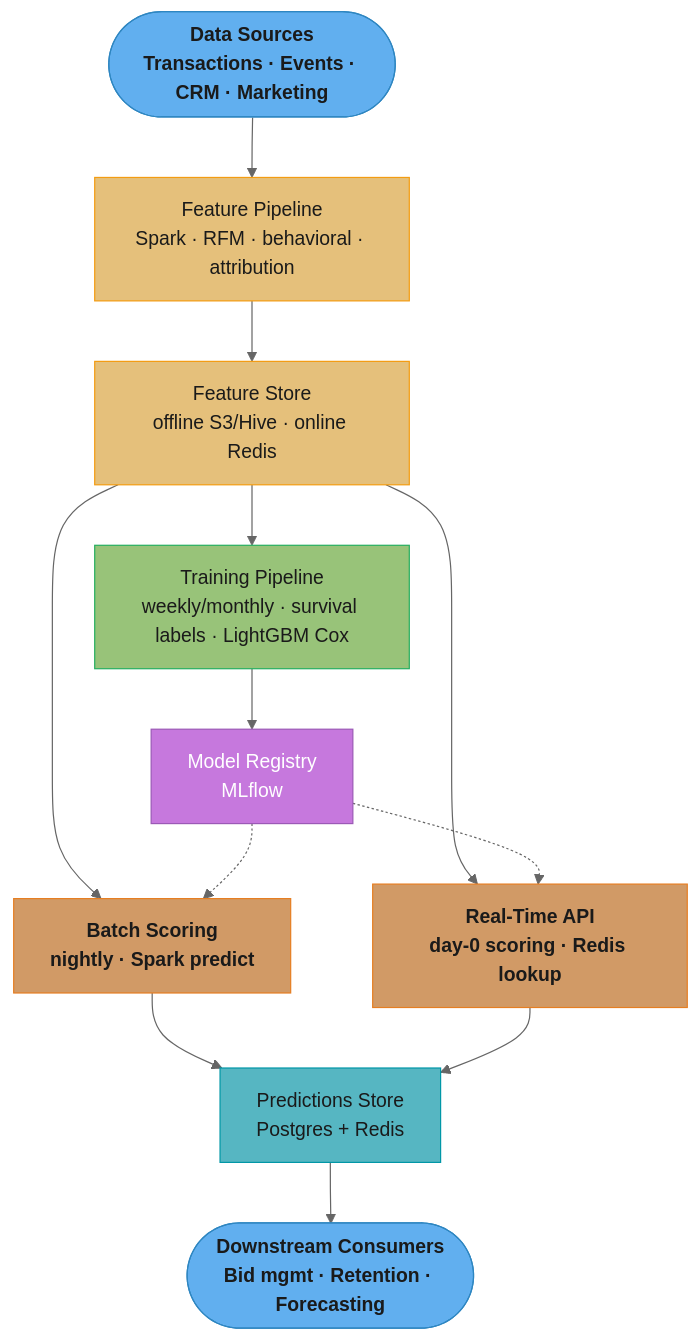
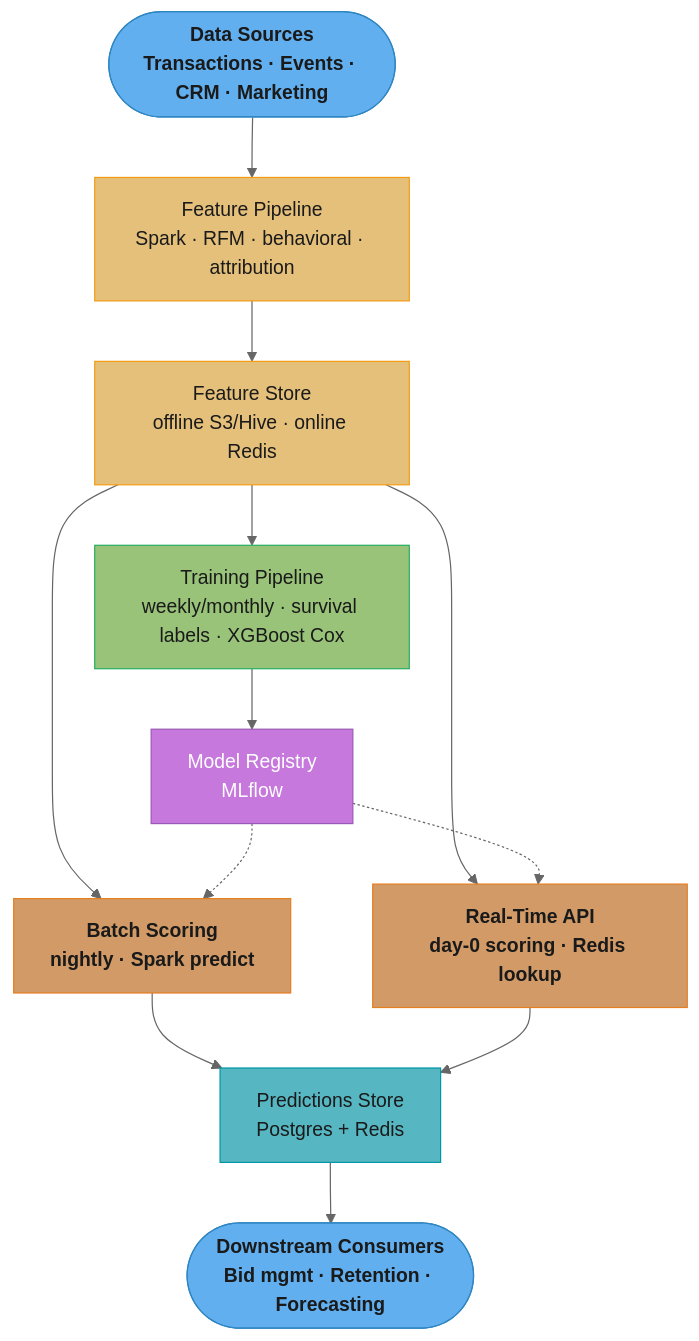
The first of 3 diagrams in src/main/java/com/rutik/systemdesign/ml/case_studies/design_customer_ltv_prediction.md (rppol/system-design), drawn with Mermaid (neutral theme) before and after one commit. The commit also changed other lines of this file and 114 other files, not shown here.

````diff
--- a/src/main/java/com/rutik/systemdesign/ml/case_studies/design_customer_ltv_prediction.md
+++ b/src/main/java/com/rutik/systemdesign/ml/case_studies/design_customer_ltv_prediction.md
@@ -67,29 +67,29 @@
 ```mermaid
 flowchart TD
     classDef io      fill:#61afef,stroke:#2e86c1,color:#1a1a1a,font-weight:bold
     classDef frozen  fill:#c678dd,stroke:#9b59b6,color:#fff
     classDef train   fill:#98c379,stroke:#27ae60,color:#1a1a1a
     classDef mathOp  fill:#d19a66,stroke:#e67e22,color:#1a1a1a,font-weight:bold
     classDef lossN   fill:#e06c75,stroke:#c0392b,color:#fff,font-weight:bold
     classDef req     fill:#56b6c2,stroke:#0097a7,color:#1a1a1a
     classDef base    fill:#e5c07b,stroke:#f39c12,color:#1a1a1a
 
     SRC([Data Sources\nTransactions · Events · CRM · Marketing]) --> FP["Feature Pipeline\nSpark · RFM · behavioral · attribution"]
     FP --> FS["Feature Store\noffline S3/Hive · online Redis"]
-    FS --> TRN["Training Pipeline\nweekly/monthly · survival labels · LightGBM Cox"]
+    FS --> TRN["Training Pipeline\nweekly/monthly · survival labels · XGBoost Cox"]
     FS --> BATCH["Batch Scoring\nnightly · Spark predict"]
     FS --> RT["Real-Time API\nday-0 scoring · Redis lookup"]
     TRN --> REG["Model Registry\nMLflow"]
     REG -.-> BATCH
     REG -.-> RT
     BATCH --> PS["Predictions Store\nPostgres + Redis"]
     RT --> PS
     PS --> DC([Downstream Consumers\nBid mgmt · Retention · Forecasting])
 
     class SRC,DC io
     class FP,FS base
     class TRN train
     class BATCH,RT mathOp
     class REG frozen
     class PS req
 ```
````
